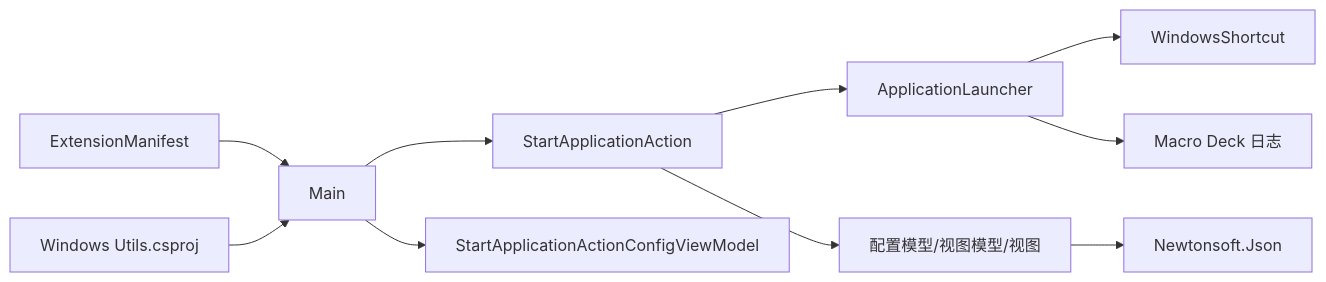
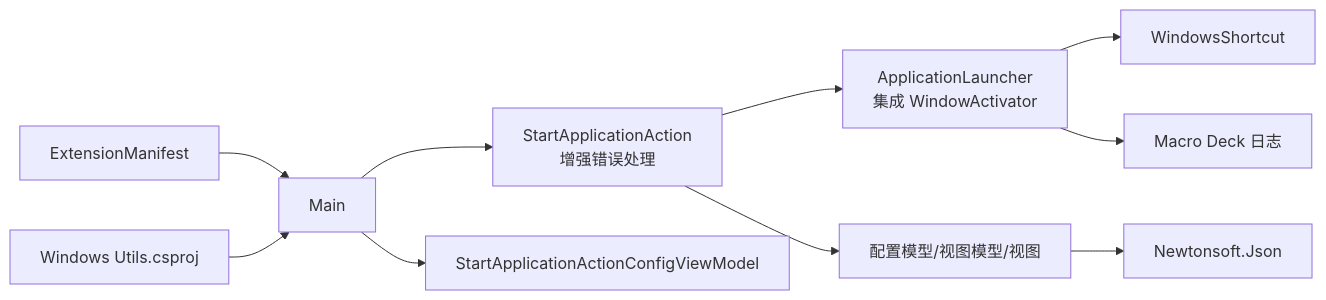
The seventh of 7 diagrams in .qoder/repowiki/zh/content/核心功能/应用程序管理.md (tea4go/Macro-Deck-Windows-Utils-Plugin), drawn with Mermaid before and after one commit. The commit also changed other lines of this file and 16 other files, not shown here.

````diff
--- a/.qoder/repowiki/zh/content/核心功能/应用程序管理.md
+++ b/.qoder/repowiki/zh/content/核心功能/应用程序管理.md
@@ -324,12 +351,12 @@
 ```mermaid
 graph LR
-SA["StartApplicationAction"] --> AL["ApplicationLauncher"]
+SA["StartApplicationAction<br/>增强错误处理"] --> AL["ApplicationLauncher<br/>集成 WindowActivator"]
 SA --> CFG["配置模型/视图模型/视图"]
 AL --> WS["WindowsShortcut"]
 AL --> MD["Macro Deck 日志"]
 CFG --> JSON["Newtonsoft.Json"]
 MAIN["Main"] --> SA
 MAIN --> VM["StartApplicationActionConfigViewModel"]
 MAN["ExtensionManifest"] --> MAIN
 PROJ["Windows Utils.csproj"] --> MAIN
 ```
````
